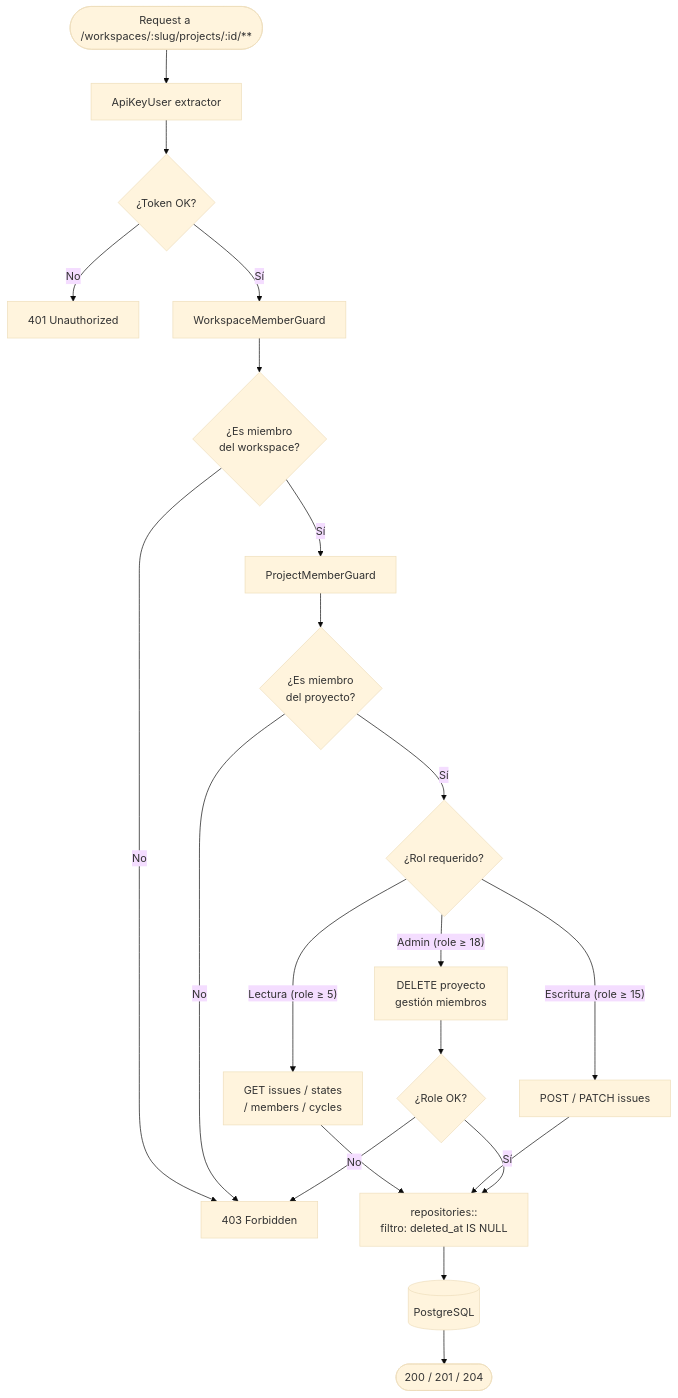
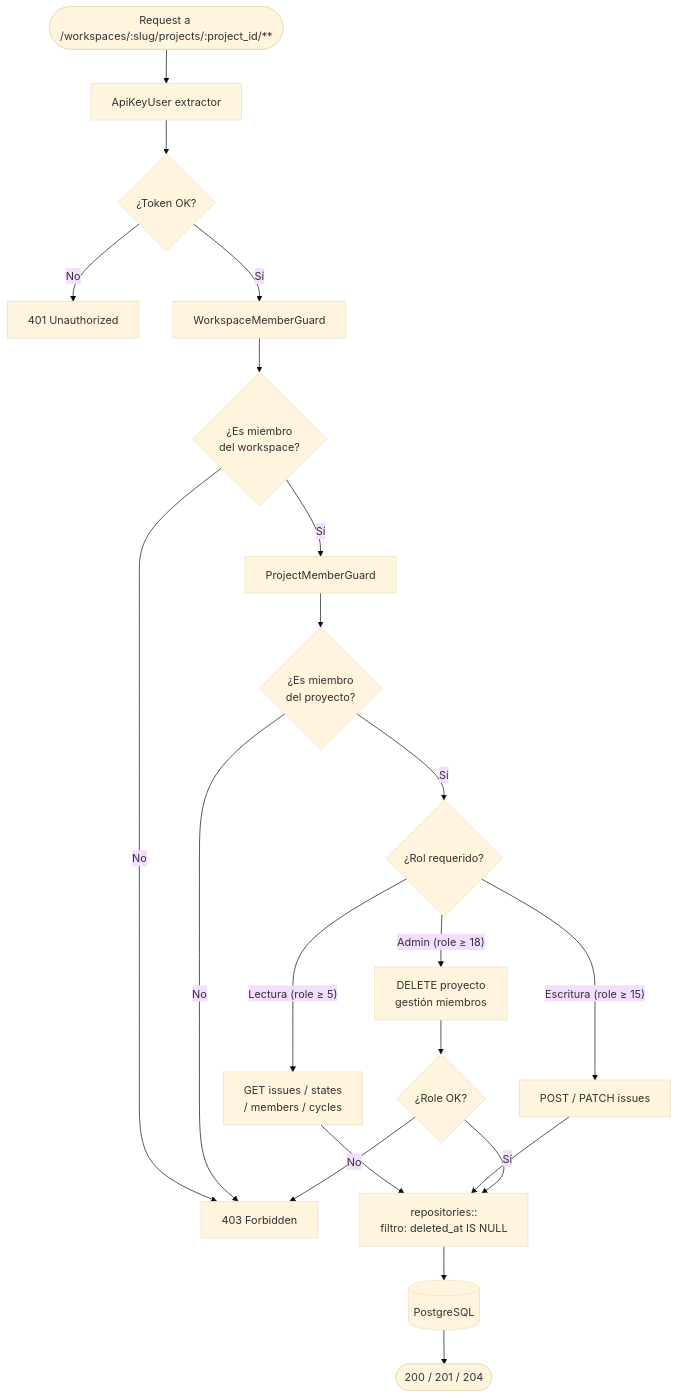
The third of 7 diagrams in docs/api-rust/ref-diagramas-flujo.md (codecsrayo/plane), drawn with Mermaid (base theme) before and after one commit. The commit also changed other lines of this file and 2 other files, not shown here.

Commit message:
docs(api-rust): pulir guias de auth y guards para fase 1

````diff
--- a/docs/api-rust/ref-diagramas-flujo.md
+++ b/docs/api-rust/ref-diagramas-flujo.md
@@ -95,28 +95,28 @@
 ```mermaid
 flowchart TD
-    REQ([Request a /workspaces/:slug/projects/:id/**]) --> CU[ApiKeyUser extractor]
+    REQ([Request a /workspaces/:slug/projects/:project_id/**]) --> CU[ApiKeyUser extractor]
     CU --> F1{¿Token OK?}
     F1 -- No --> E401[401 Unauthorized]
     F1 -- Sí --> WG[WorkspaceMemberGuard]
 
     WG --> F2{¿Es miembro\ndel workspace?}
     F2 -- No --> E403[403 Forbidden]
     F2 -- Sí --> PG[ProjectMemberGuard]
 
     PG --> F3{¿Es miembro\ndel proyecto?}
     F3 -- No --> E403
     F3 -- Sí --> F4{¿Rol requerido?}
 
     F4 -- "Lectura (role ≥ 5)" --> ROPS[GET issues / states\n/ members / cycles]
     F4 -- "Escritura (role ≥ 15)" --> WOPS[POST / PATCH issues]
     F4 -- "Admin (role ≥ 18)" --> AOPS[DELETE proyecto\ngestión miembros]
 
     ROPS --> REPO[repositories::\nfiltro: deleted_at IS NULL]
     WOPS --> REPO
     AOPS --> F5{¿Role OK?}
     F5 -- No --> E403
     F5 -- Sí --> REPO
 
     REPO --> DB[(PostgreSQL)]
     DB --> RESP([200 / 201 / 204])
 ```
````
